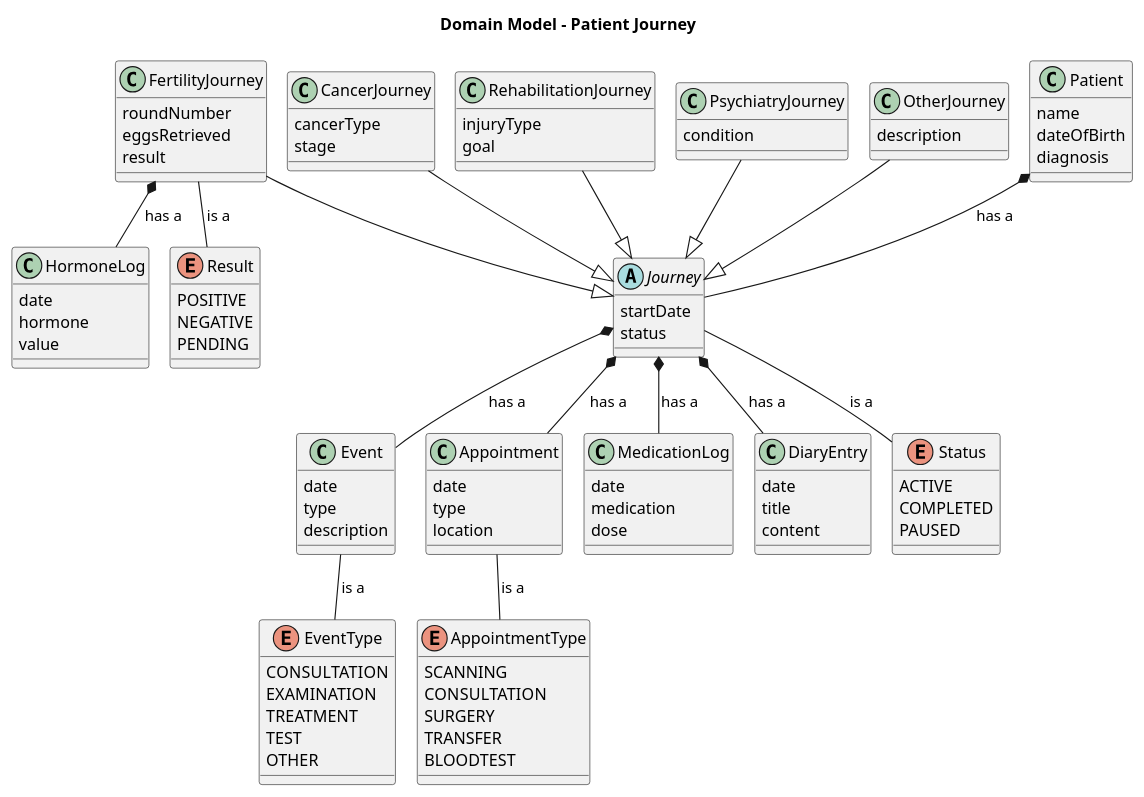
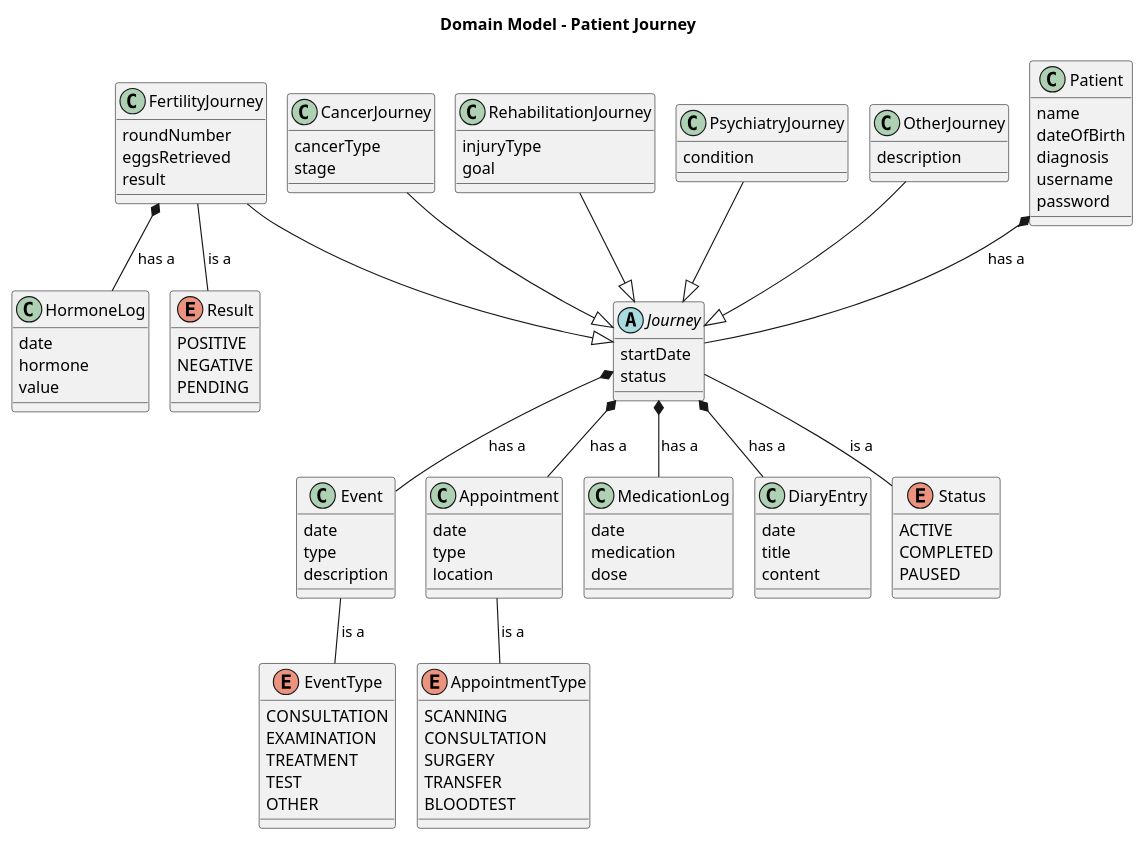
Before and after one commit to BesimaP/SP4---MiniSP: the diagram in doc/static/Domænemodel1.puml, drawn with PlantUML. The commit also changed 5 other files, not shown here.

Commit message:
Klassediagram1.puml

```diff
--- a/doc/static/Domænemodel1.puml
+++ b/doc/static/Domænemodel1.puml
@@ -1,120 +1,122 @@
 @startuml
 !pragma layout smetana
 
 title Domain Model - Patient Journey
 
 class Event {
   date
   type
   description
 }
 
 class Appointment {
   date
   type
   location
 }
 
 class MedicationLog {
   date
   medication
   dose
 }
 
 class DiaryEntry {
   date
   title
   content
 }
 
 class HormoneLog {
   date
   hormone
   value
 }
 
 abstract class Journey {
   startDate
   status
 }
 
 class Patient {
   name
   dateOfBirth
   diagnosis
+  username
+  password
 }
 
 class FertilityJourney {
   roundNumber
   eggsRetrieved
   result
 }
 
 class CancerJourney {
   cancerType
   stage
 }
 
 class RehabilitationJourney {
   injuryType
   goal
 }
 
 class PsychiatryJourney {
   condition
 }
 
 class OtherJourney {
   description
 }
 
 enum Status {
   ACTIVE
   COMPLETED
   PAUSED
 }
 
 enum Result {
   POSITIVE
   NEGATIVE
   PENDING
 }
 
 enum EventType {
   CONSULTATION
   EXAMINATION
   TREATMENT
   TEST
   OTHER
 }
 
 enum AppointmentType {
   SCANNING
   CONSULTATION
   SURGERY
   TRANSFER
   BLOODTEST
 }
 
 ' Inheritance
 FertilityJourney --|> Journey
 CancerJourney --|> Journey
 RehabilitationJourney --|> Journey
 PsychiatryJourney --|> Journey
 OtherJourney --|> Journey
 
 ' Has a
 Patient *-- Journey : has a
 Journey *-- Event : has a
 Journey *-- Appointment : has a
 Journey *-- MedicationLog : has a
 Journey *-- DiaryEntry : has a
 FertilityJourney *-- HormoneLog : has a
 
 ' Is a
 Journey -- Status : is a
 FertilityJourney -- Result : is a
 Event -- EventType : is a
 Appointment -- AppointmentType : is a
 
 @enduml
```
